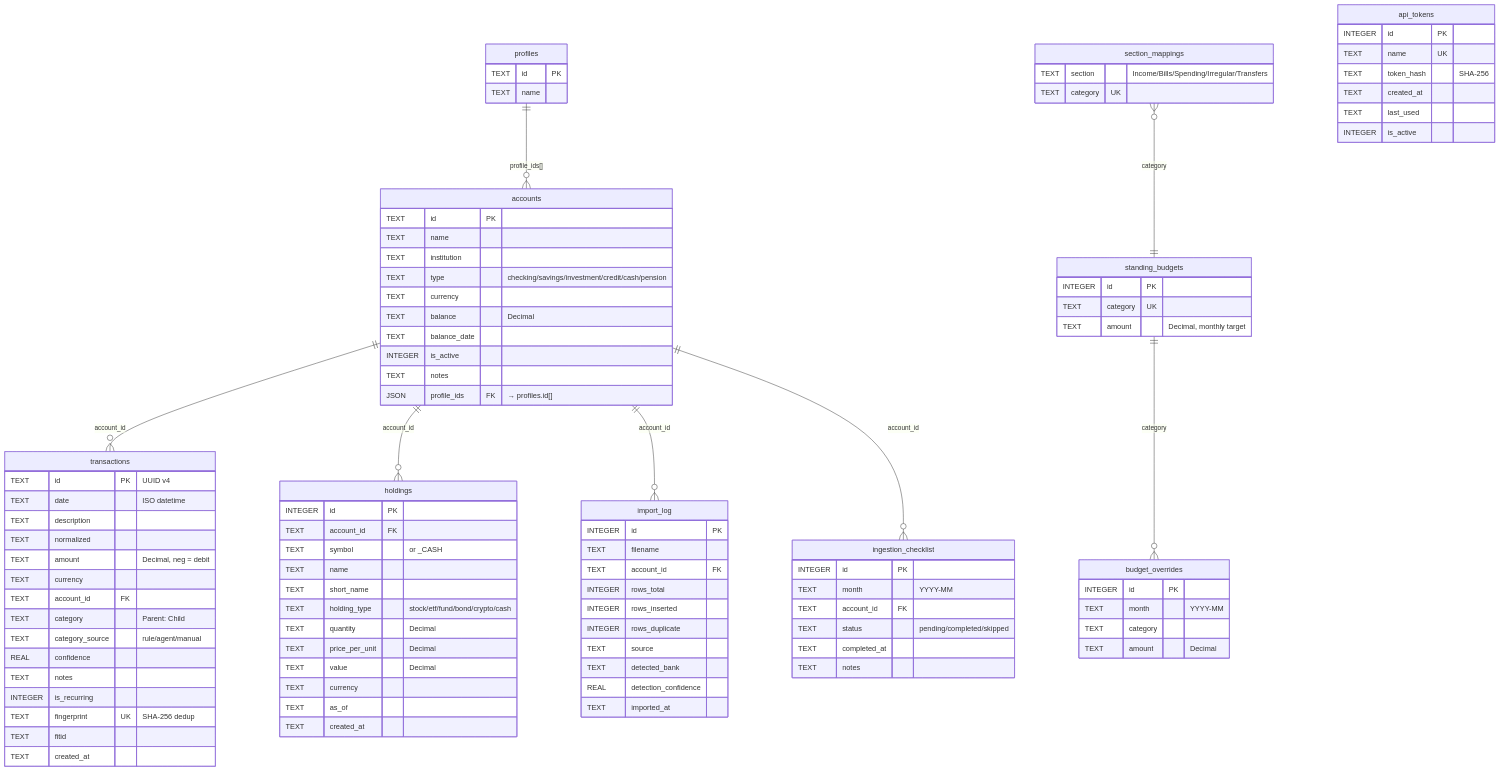
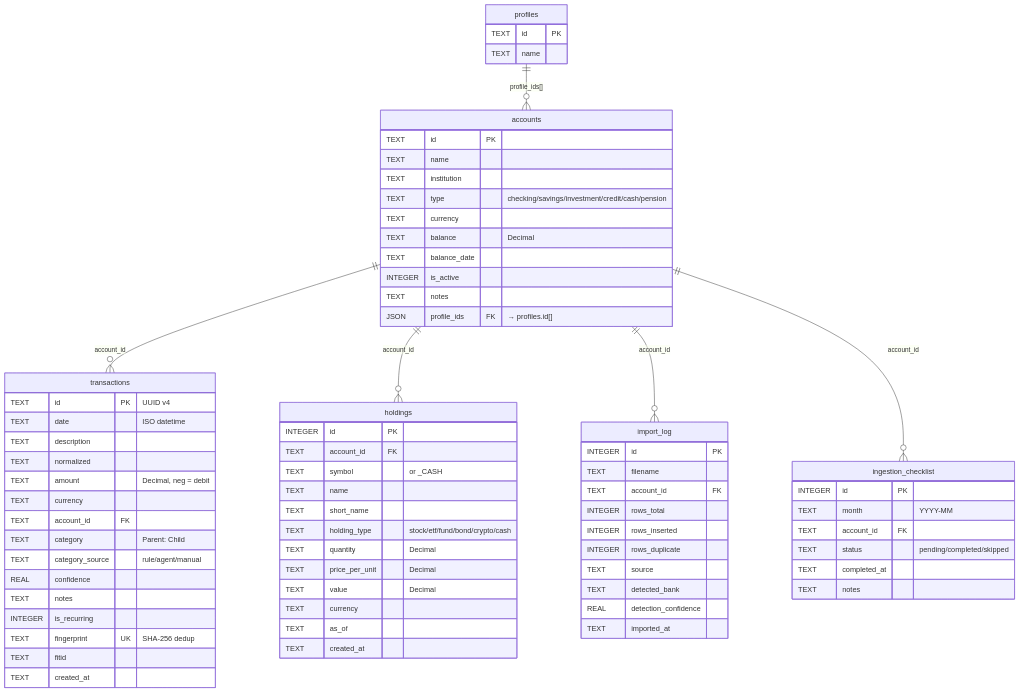
Before and after one commit to leonardchinonso/fynance: the first of 4 diagrams in docs/entity-relations.md, drawn with Mermaid.

Commit message:
Split shipped entities into Core, Budgets, API tokens diagrams
Previously a single erDiagram forced Mermaid to pad the layout sideways
because budgets, section_mappings, and api_tokens have no FK into
accounts/transactions/holdings. Splitting into three stacked diagrams
puts each island on its own row, keeping the page tall and narrow.

- Core (profiles, accounts, transactions, holdings, import_log,
  ingestion_checklist) — everything wired through accounts
- Budgets (section_mappings, standing_budgets, budget_overrides) —
  linked only by category name
- API tokens — fully standalone

````diff
--- a/docs/entity-relations.md
+++ b/docs/entity-relations.md
@@ -60,21 +62,6 @@
         TEXT as_of
         TEXT created_at
     }
-    standing_budgets {
-        INTEGER id PK
-        TEXT category UK
-        TEXT amount "Decimal, monthly target"
-    }
-    budget_overrides {
-        INTEGER id PK
-        TEXT month "YYYY-MM"
-        TEXT category
-        TEXT amount "Decimal"
-    }
-    section_mappings {
-        TEXT section "Income/Bills/Spending/Irregular/Transfers"
-        TEXT category UK
-    }
     import_log {
         INTEGER id PK
         TEXT filename
@@ -95,19 +82,10 @@
         TEXT completed_at
         TEXT notes
     }
-    api_tokens {
-        INTEGER id PK
-        TEXT name UK
-        TEXT token_hash "SHA-256"
-        TEXT created_at
-        TEXT last_used
-        INTEGER is_active
-    }
-    profiles       ||--o{ accounts            : "profile_ids[]"
-    accounts       ||--o{ transactions        : "account_id"
-    accounts       ||--o{ holdings            : "account_id"
-    accounts       ||--o{ import_log          : "account_id"
-    accounts       ||--o{ ingestion_checklist : "account_id"
-    standing_budgets ||--o{ budget_overrides  : "category"
-    section_mappings }o--|| standing_budgets  : "category"
+
+    profiles ||--o{ accounts            : "profile_ids[]"
+    accounts ||--o{ transactions        : "account_id"
+    accounts ||--o{ holdings            : "account_id"
+    accounts ||--o{ import_log          : "account_id"
+    accounts ||--o{ ingestion_checklist : "account_id"
 ```
````
